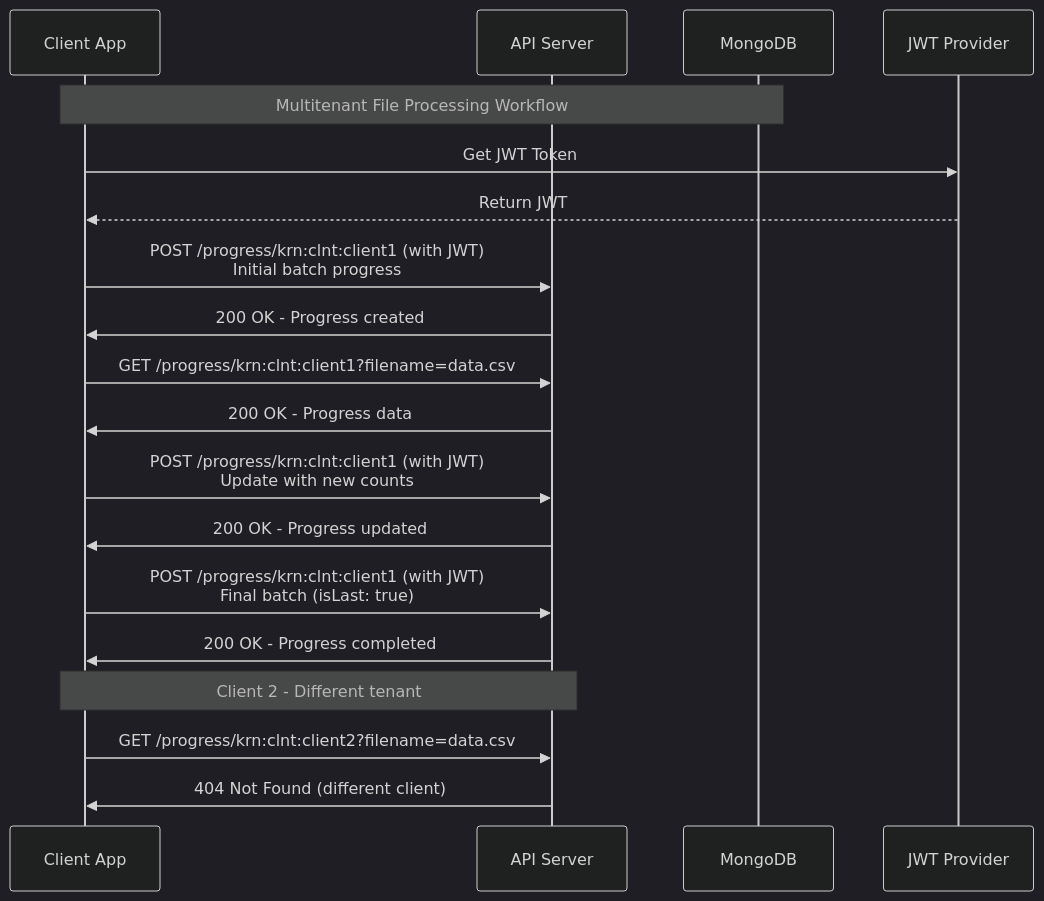
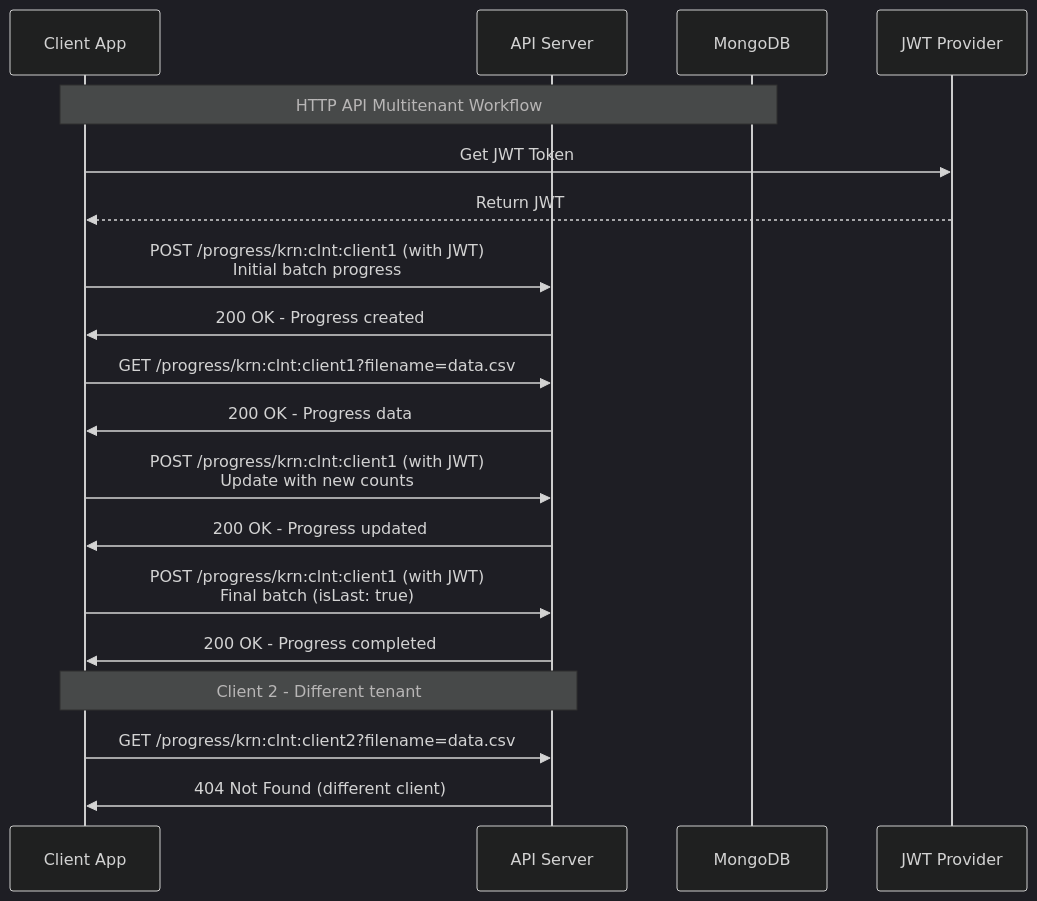
The first of 3 diagrams in use-cases.md (pirkus/pebbles), drawn with Mermaid (dark theme) before and after one commit. The commit also changed other lines of this file and 10 other files, not shown here.

````diff
--- a/use-cases.md
+++ b/use-cases.md
@@ -46,25 +57,25 @@
 ```mermaid
 sequenceDiagram
     participant C as Client App
     participant A as API Server
     participant D as MongoDB
     participant J as JWT Provider
     
-    Note over C,D: Multitenant File Processing Workflow
+    Note over C,D: HTTP API Multitenant Workflow
     
     C->>J: Get JWT Token
     J-->>C: Return JWT
     
     C->>A: POST /progress/krn:clnt:client1 (with JWT)<br/>Initial batch progress
     A->>C: 200 OK - Progress created
     C->>A: GET /progress/krn:clnt:client1?filename=data.csv
     A->>C: 200 OK - Progress data
     C->>A: POST /progress/krn:clnt:client1 (with JWT)<br/>Update with new counts
     A->>C: 200 OK - Progress updated
     C->>A: POST /progress/krn:clnt:client1 (with JWT)<br/>Final batch (isLast: true)
     A->>C: 200 OK - Progress completed
     
     Note over C,A: Client 2 - Different tenant
     C->>A: GET /progress/krn:clnt:client2?filename=data.csv
     A->>C: 404 Not Found (different client)
 ```
````
